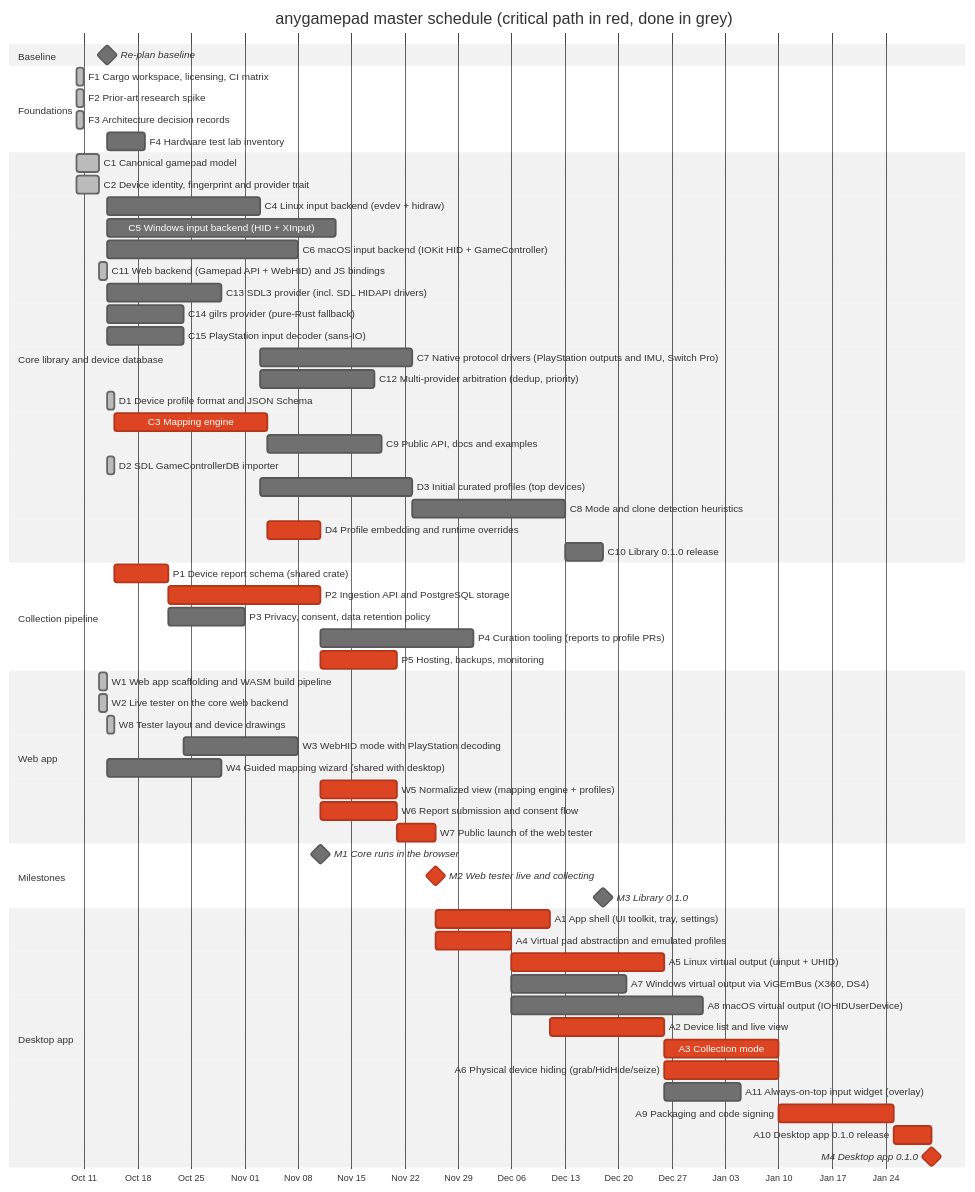
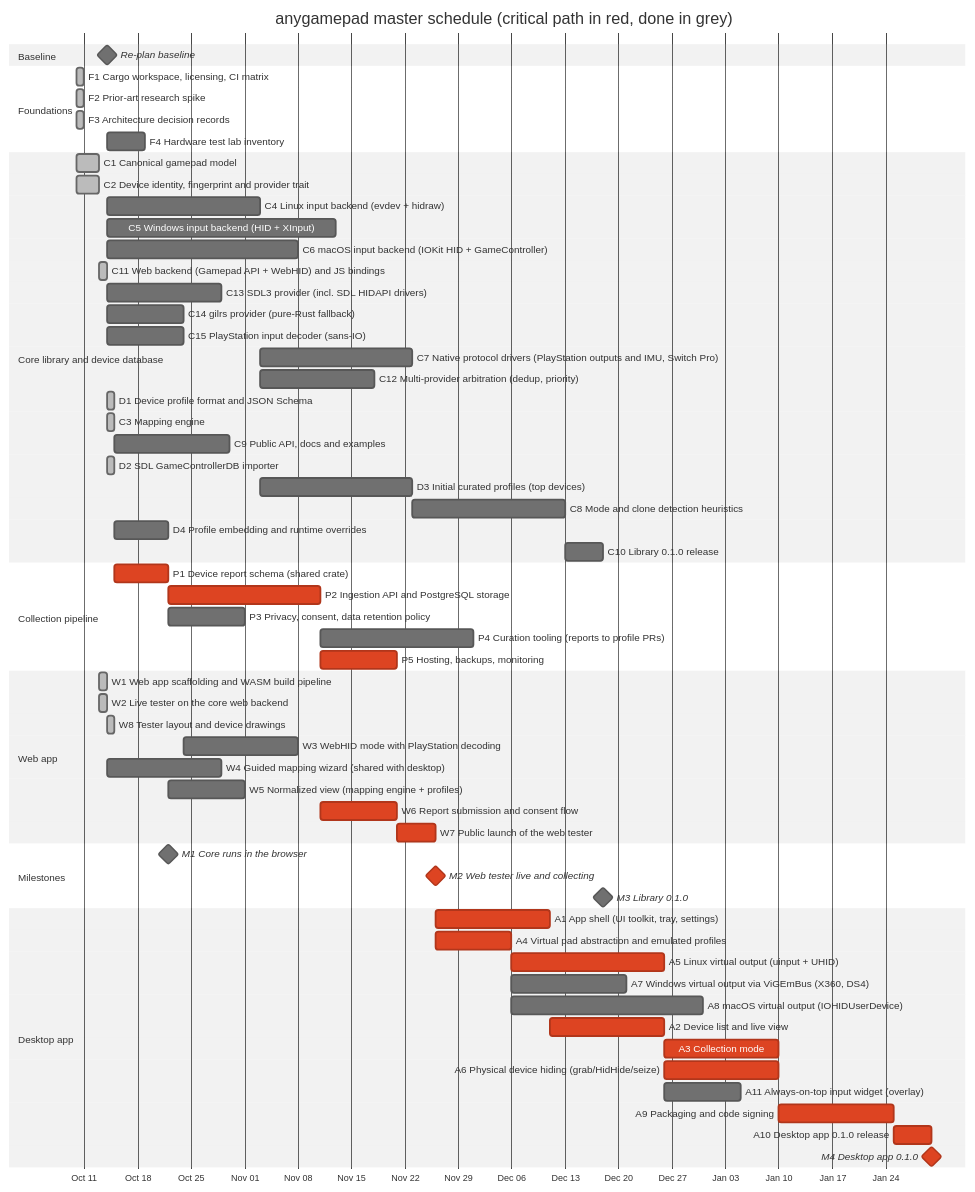
The second of 3 diagrams in ROADMAP/2026-10-14/README.md (anygamepad/anygamepad.github.io), drawn with Mermaid (neutral theme) before and after one commit. The commit also changed other lines of this file and 30 other files, not shown here.

First line of the commit message:
Add mapping engine and web tester improvements (#9)

````diff
--- a/ROADMAP/2026-10-14/README.md
+++ b/ROADMAP/2026-10-14/README.md
@@ -158,65 +161,65 @@
 ```mermaid
 gantt
     dateFormat YYYY-MM-DD
     axisFormat %b %d
     title anygamepad master schedule (critical path in red, done in grey)
     section Baseline
     Re-plan baseline :milestone, t0, 2026-10-14, 0d
     section Foundations
     F1 Cargo workspace, licensing, CI matrix :done, f1, 2026-10-10, 1d
     F2 Prior-art research spike :done, f2, 2026-10-10, 1d
     F3 Architecture decision records :done, f3, 2026-10-10, 1d
     F4 Hardware test lab inventory :f4, after f2 t0, 5d
     section Core library and device database
     C1 Canonical gamepad model :done, c1, 2026-10-10, 3d
     C2 Device identity, fingerprint and provider trait :done, c2, 2026-10-10, 3d
     C4 Linux input backend (evdev + hidraw) :c4, after c1 c2 t0, 20d
     C5 Windows input backend (HID + XInput) :c5, after c1 c2 t0, 30d
     C6 macOS input backend (IOKit HID + GameController) :c6, after c1 c2 t0, 25d
     C11 Web backend (Gamepad API + WebHID) and JS bindings :done, c11, 2026-10-13, 1d
     C13 SDL3 provider (incl. SDL HIDAPI drivers) :c13, after c1 c2 t0, 15d
     C14 gilrs provider (pure-Rust fallback) :c14, after c1 c2 t0, 10d
     C15 PlayStation input decoder (sans-IO) :c15, after c1 c2 t0, 10d
     C7 Native protocol drivers (PlayStation outputs and IMU, Switch Pro) :c7, after c4 c15, 20d
     C12 Multi-provider arbitration (dedup, priority) :c12, after c4 c13, 15d
     D1 Device profile format and JSON Schema :done, d1, 2026-10-14, 1d
-    C3 Mapping engine :crit, c3, after c1 d1 t0, 20d
+    C3 Mapping engine :done, c3, 2026-10-14, 1d
     C9 Public API, docs and examples :c9, after c3, 15d
     D2 SDL GameControllerDB importer :done, d2, 2026-10-14, 1d
     D3 Initial curated profiles (top devices) :d3, after d1 c4 f4, 20d
     C8 Mode and clone detection heuristics :c8, after c3 c4 d3, 20d
-    D4 Profile embedding and runtime overrides :crit, d4, after d1 c3, 7d
+    D4 Profile embedding and runtime overrides :d4, after d1 c3, 7d
     C10 Library 0.1.0 release :c10, after c5 c6 c7 c8 c9 c11 c12 c14 d4, 5d
     section Collection pipeline
     P1 Device report schema (shared crate) :crit, p1, after c2 d1 t0, 7d
     P2 Ingestion API and PostgreSQL storage :crit, p2, after p1, 20d
     P3 Privacy, consent, data retention policy :p3, after p1, 10d
     P4 Curation tooling (reports to profile PRs) :p4, after p2 d1, 20d
     P5 Hosting, backups, monitoring :crit, p5, after p2, 10d
     section Web app
     W1 Web app scaffolding and WASM build pipeline :done, w1, 2026-10-13, 1d
     W2 Live tester on the core web backend :done, w2, 2026-10-13, 1d
     W8 Tester layout and device drawings :done, w8, 2026-10-14, 1d
     W3 WebHID mode with PlayStation decoding :w3, after w2 c15 w8, 15d
     W4 Guided mapping wizard (shared with desktop) :w4, after w2 t0, 15d
-    W5 Normalized view (mapping engine + profiles) :crit, w5, after w2 c3 d2 d4, 10d
+    W5 Normalized view (mapping engine + profiles) :w5, after w2 c3 d2 d4, 10d
     W6 Report submission and consent flow :crit, w6, after w4 p1 p2 p3, 10d
     W7 Public launch of the web tester :crit, w7, after w5 w6 p5, 5d
     section Milestones
     M1 Core runs in the browser :milestone, m1, after c3 c11 d4, 0d
     M2 Web tester live and collecting :milestone, crit, m2, after w7, 0d
     M3 Library 0.1.0 :milestone, m3, after c10, 0d
     section Desktop app
     A1 App shell (UI toolkit, tray, settings) :crit, a1, after f3 m2, 15d
     A4 Virtual pad abstraction and emulated profiles :crit, a4, after c1 m2, 10d
     A5 Linux virtual output (uinput + UHID) :crit, a5, after a4 c4, 20d
     A7 Windows virtual output via ViGEmBus (X360, DS4) :a7, after a4 c5, 15d
     A8 macOS virtual output (IOHIDUserDevice) :a8, after a4 c6, 25d
     A2 Device list and live view :crit, a2, after a1 c4, 15d
     A3 Collection mode :crit, a3, after a2 w4 p2 p3, 15d
     A6 Physical device hiding (grab/HidHide/seize) :crit, a6, after a5 c5 c6, 15d
     A11 Always-on-top input widget (overlay) :a11, after a2, 10d
     A9 Packaging and code signing :crit, a9, after a3 a6 a7 a8 a11, 15d
     A10 Desktop app 0.1.0 release :crit, a10, after a9 c10, 5d
     M4 Desktop app 0.1.0 :milestone, crit, m4, after a10, 0d
 ```
````
